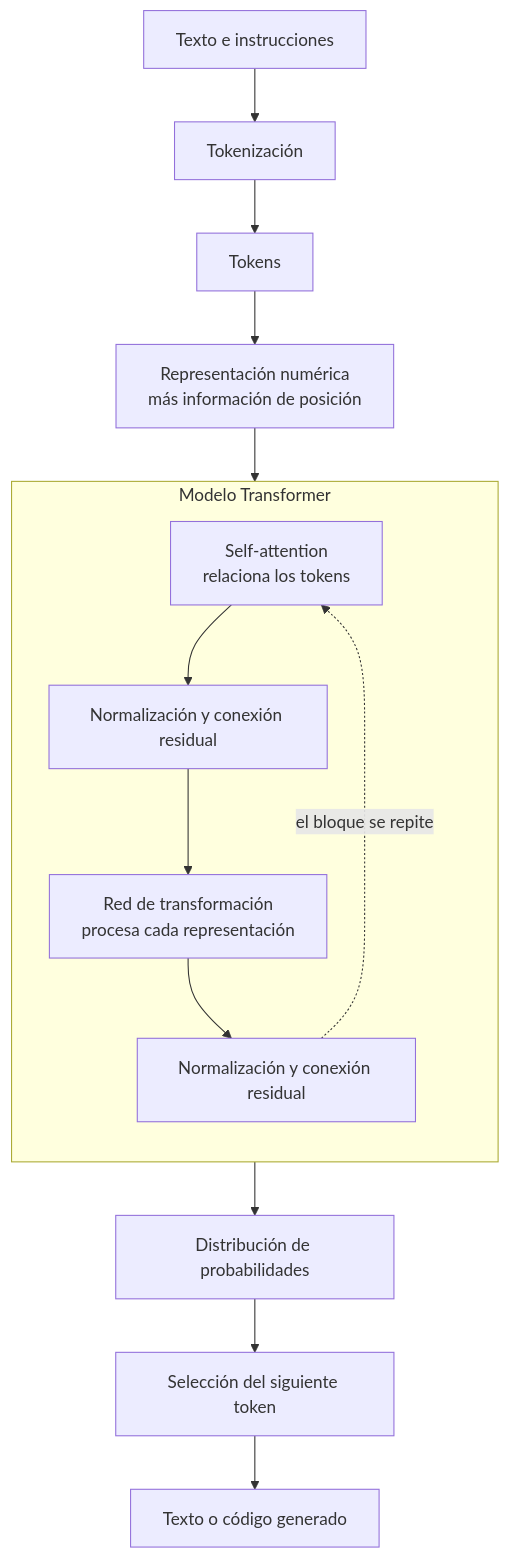
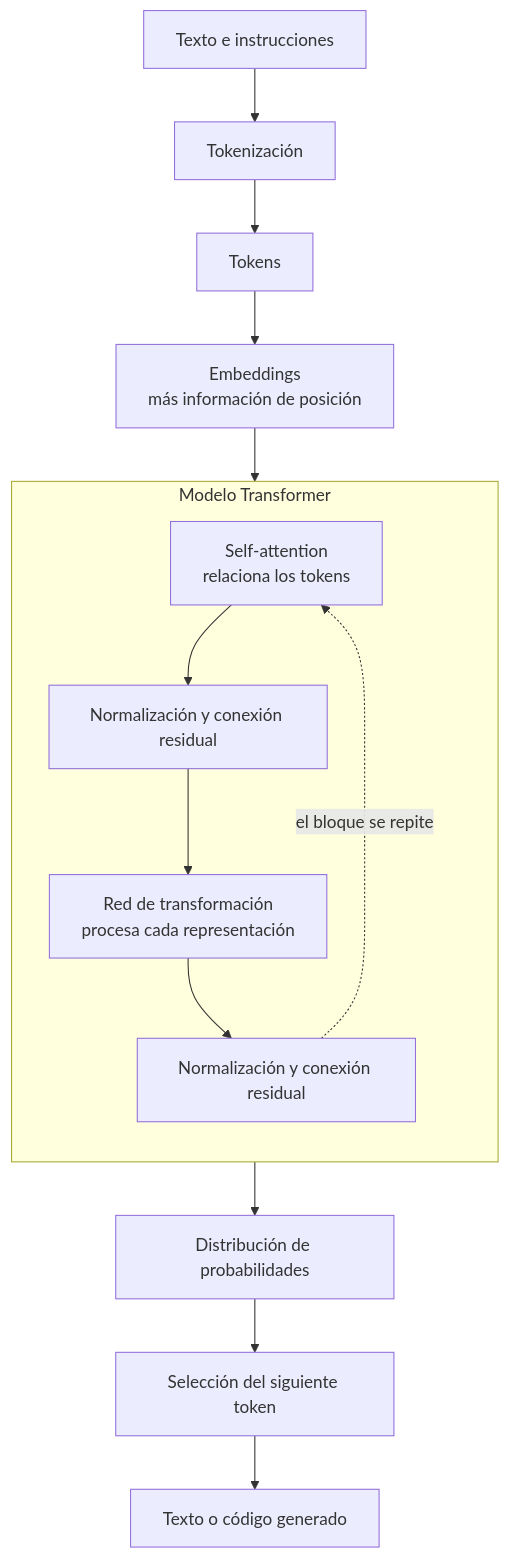
Before and after one commit to jcarrenogallego/formacion-ai: the second of 9 diagrams in sesiones/sesion-01/README.md, drawn with Mermaid. The commit also changed other lines of this file and 8 other files, not shown here.

````diff
--- a/sesiones/sesion-01/README.md
+++ b/sesiones/sesion-01/README.md
@@ -346,19 +346,19 @@
 ```mermaid
 flowchart TB
     A[Texto e instrucciones] --> B[Tokenización]
     B --> C[Tokens]
-    C --> D[Representación numérica<br/>más información de posición]
+    C --> D[Embeddings<br/>más información de posición]
 
     subgraph T[Modelo Transformer]
         direction TB
         E[Self-attention<br/>relaciona los tokens] --> F[Normalización y conexión residual]
         F --> G[Red de transformación<br/>procesa cada representación]
         G --> H[Normalización y conexión residual]
         H -. el bloque se repite .-> E
     end
 
     D --> E
     H --> I[Distribución de probabilidades]
     I --> J[Selección del siguiente token]
     J --> K[Texto o código generado]
 ```
````
